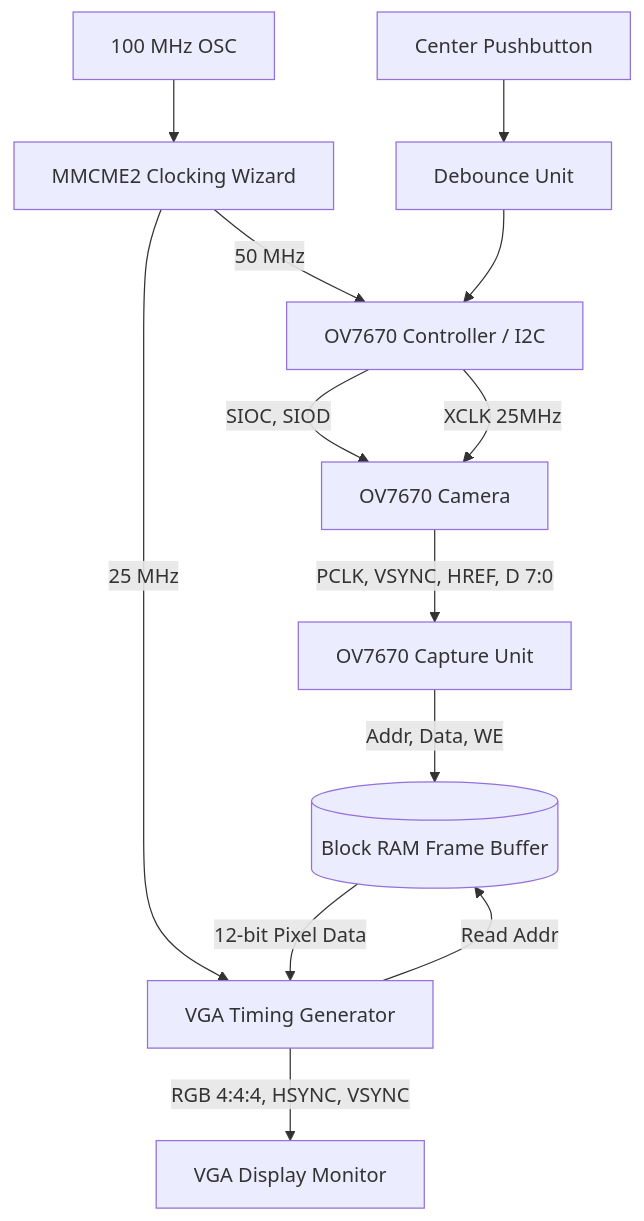
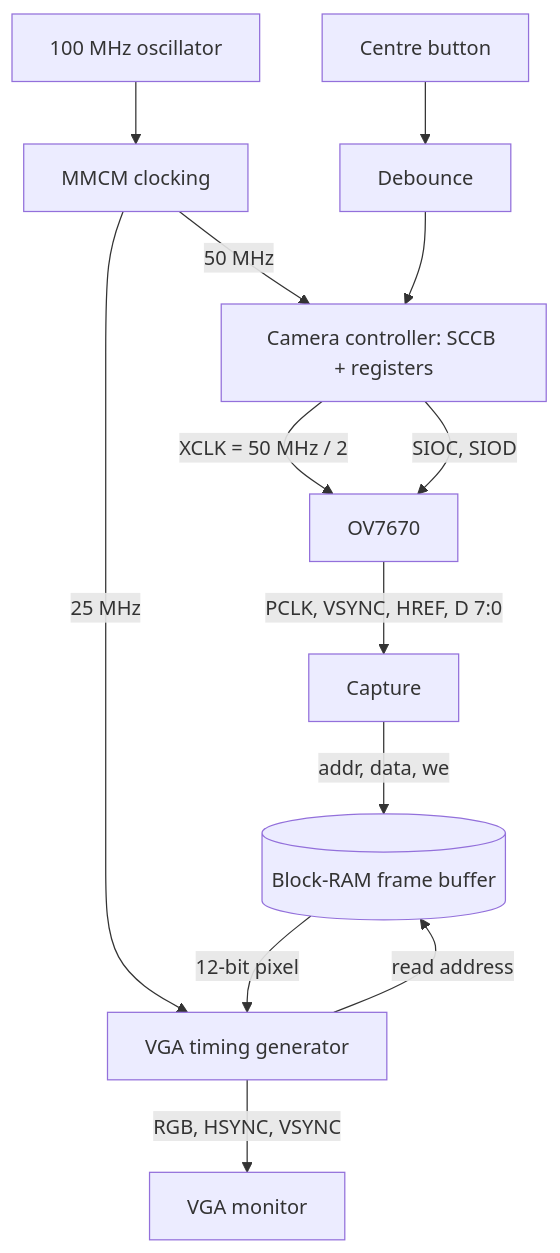
The diagram in ov7670-zedboard-vga/README.md (pavan2415001/ov7670-zedboard-vga), drawn with Mermaid before and after one commit. The commit also changed other lines of this file, not shown here.

````diff
--- a/ov7670-zedboard-vga/README.md
+++ b/ov7670-zedboard-vga/README.md
@@ -65,17 +58,14 @@
 ```mermaid
 graph TD
-    CLK100[100 MHz OSC] --> MMCM[MMCME2 Clocking Wizard]
-    MMCM -->|50 MHz| CTRL[OV7670 Controller / I2C]
-    MMCM -->|25 MHz| VGA[VGA Timing Generator]
-
-    CAM[OV7670 Camera] -->|PCLK, VSYNC, HREF, D 7:0| CAPTURE[OV7670 Capture Unit]
+    CLK100[100 MHz oscillator] --> MMCM[MMCM clocking]
+    MMCM -->|50 MHz| CTRL[Camera controller: SCCB + registers]
+    MMCM -->|25 MHz| VGA[VGA timing generator]
+    CTRL -->|XCLK = 50 MHz / 2| CAM[OV7670]
     CTRL -->|SIOC, SIOD| CAM
-    CTRL -->|XCLK 25MHz| CAM
-
-    CAPTURE -->|Addr, Data, WE| BRAM[(Block RAM Frame Buffer)]
-    VGA -->|Read Addr| BRAM
-    BRAM -->|12-bit Pixel Data| VGA
-
-    VGA -->|RGB 4:4:4, HSYNC, VSYNC| MON[VGA Display Monitor]
-    BTN[Center Pushbutton] --> DEBOUNCE[Debounce Unit] --> CTRL
+    CAM -->|PCLK, VSYNC, HREF, D 7:0| CAP[Capture]
+    CAP -->|addr, data, we| BRAM[(Block-RAM frame buffer)]
+    VGA -->|read address| BRAM
+    BRAM -->|12-bit pixel| VGA
+    VGA -->|RGB, HSYNC, VSYNC| MON[VGA monitor]
+    BTN[Centre button] --> DEB[Debounce] --> CTRL
 ```
````
